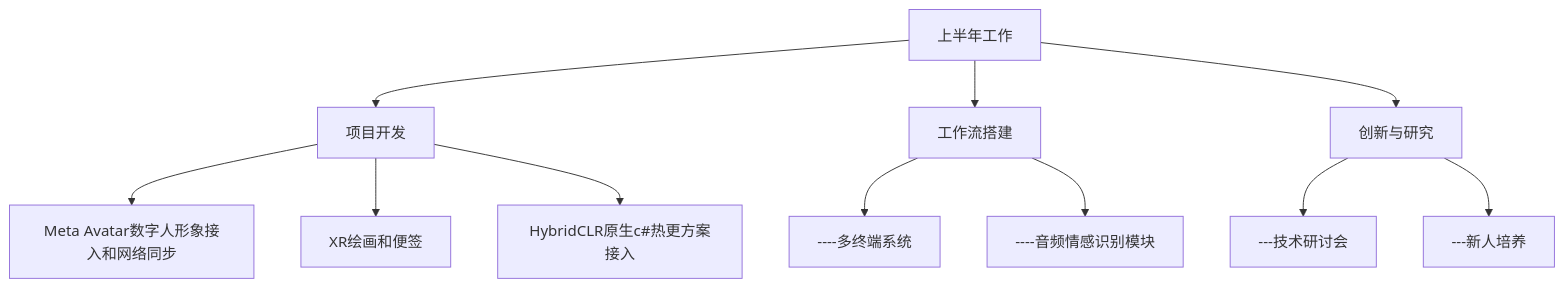
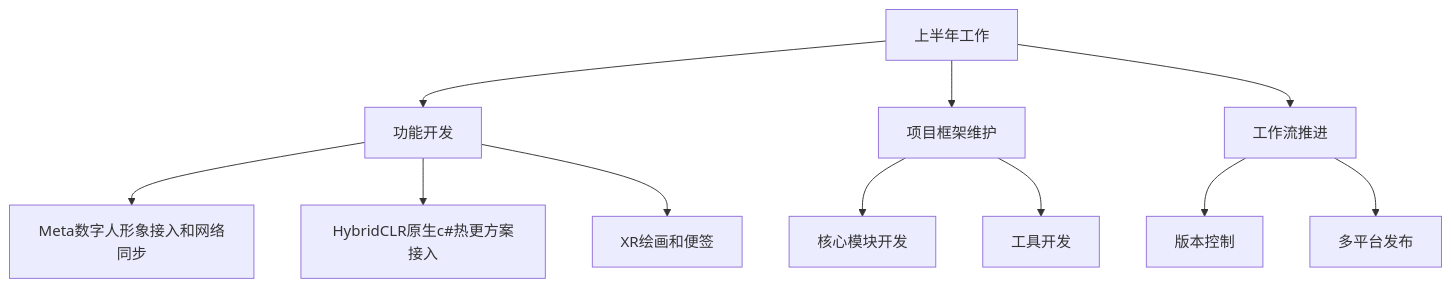
Before and after one commit to kamisaer/Who-am-I: the first of 2 diagrams in README.md, drawn with Mermaid. The commit also changed other lines of this file, not shown here.

````diff
--- a/README.md
+++ b/README.md
@@ -14,13 +16,13 @@
 ```mermaid 
 flowchart TD
-    A[上半年工作] --> B[项目开发]
-    B --> B1[Meta Avatar数字人形象接入和网络同步]
-    B --> B2[XR绘画和便签]
-    B --> B3[HybridCLR原生c#热更方案接入]
-    A --> C[工作流搭建]
-    C --> C1[----多终端系统]
-    C --> C2[----音频情感识别模块]
-    A --> D[创新与研究]
-    D --> D1[---技术研讨会]
-    D --> D2[---新人培养]
+    A[上半年工作] --> B[功能开发]
+    B --> B1[Meta数字人形象接入和网络同步]
+    B --> B2[HybridCLR原生c#热更方案接入]
+    B --> B3[XR绘画和便签]
+    A --> C[项目框架维护]
+    C --> C1[核心模块开发]
+    C --> C2[工具开发]
+    A --> D[工作流推进]
+    D --> D1[版本控制]
+    D --> D2[多平台发布]
 ```
````
